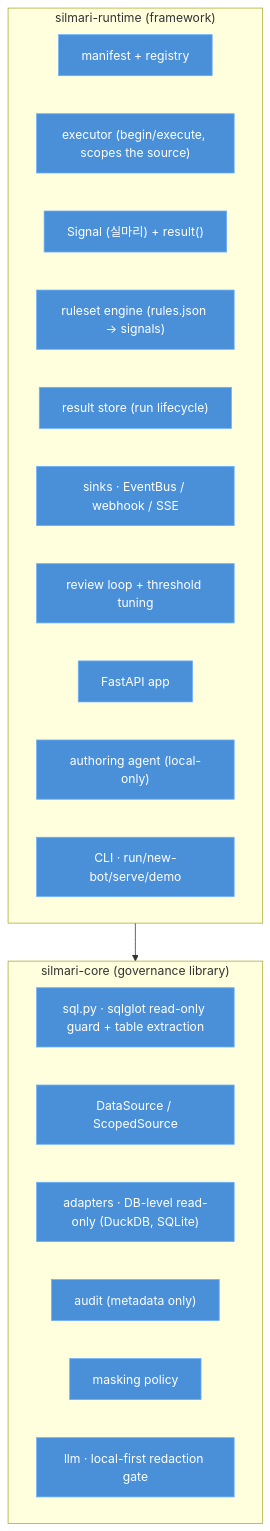
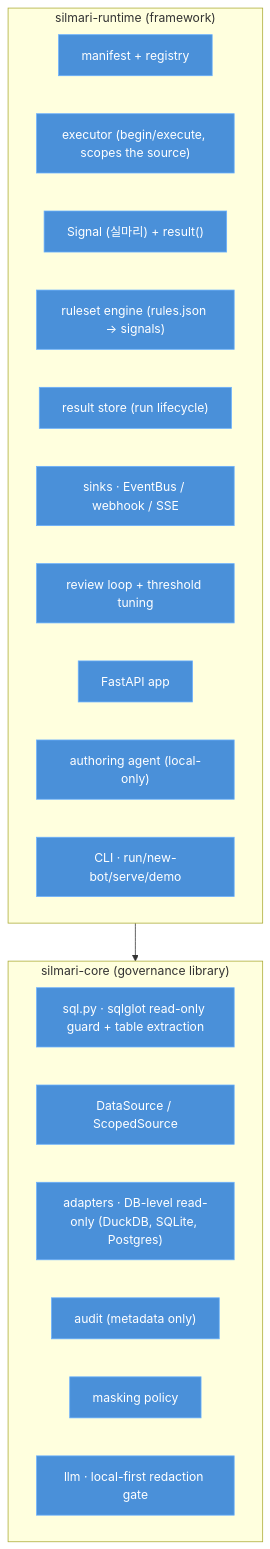
The diagram in docs/architecture.md (douinc/silmari), drawn with Mermaid before and after one commit. The commit also changed other lines of this file and 17 other files, not shown here.

First line of the commit message:
Round out the engine: Postgres adapter, read-only data browser, prediction builder (#9)

````diff
--- a/docs/architecture.md
+++ b/docs/architecture.md
@@ -6,25 +6,25 @@
 ```mermaid
 flowchart TB
   subgraph runtime["silmari-runtime (framework)"]
     man["manifest + registry"]
     exe["executor (begin/execute, scopes the source)"]
     sig["Signal (실마리) + result()"]
     rules["ruleset engine (rules.json → signals)"]
     store["result store (run lifecycle)"]
     deliver["sinks · EventBus / webhook / SSE"]
     review["review loop + threshold tuning"]
     api["FastAPI app"]
     agent["authoring agent (local-only)"]
     cli["CLI · run/new-bot/serve/demo"]
   end
   subgraph core["silmari-core (governance library)"]
     guard["sql.py · sqlglot read-only guard + table extraction"]
     src["DataSource / ScopedSource"]
-    adp["adapters · DB-level read-only (DuckDB, SQLite)"]
+    adp["adapters · DB-level read-only (DuckDB, SQLite, Postgres)"]
     aud["audit (metadata only)"]
     mask["masking policy"]
     llm["llm · local-first redaction gate"]
   end
   runtime --> core
   classDef default fill:#4a90d9,stroke:#6ab0ff,color:#fff
 ```
````
